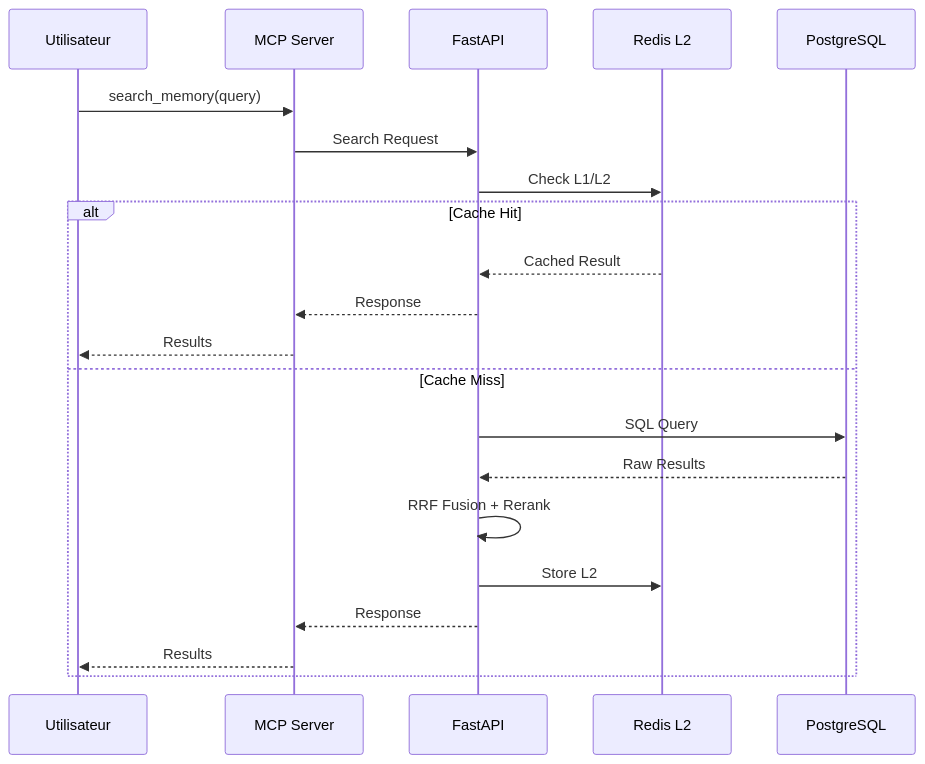
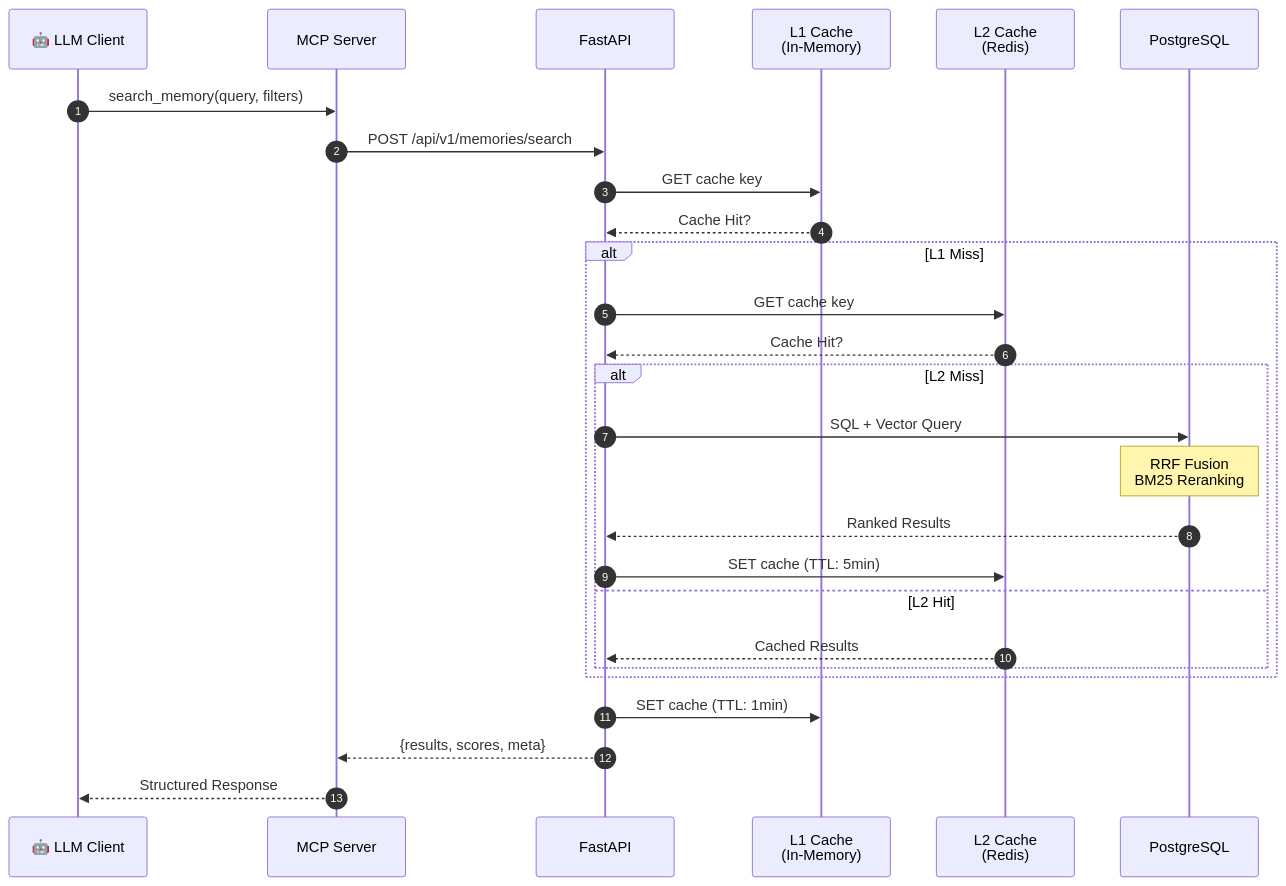
Before and after one commit to giak/mnemo-lite: the second of 12 diagrams in docs/ARCHITECTURE.md, drawn with Mermaid. The commit also changed other lines of this file, not shown here.

Commit message:
docs: enhance ARCHITECTURE.md with professional Mermaid diagrams

````diff
--- a/docs/ARCHITECTURE.md
+++ b/docs/ARCHITECTURE.md
@@ -151,25 +116,35 @@
 ```mermaid
 sequenceDiagram
-    participant User as Utilisateur
+    autonumber
+    participant Client as 🤖 LLM Client
     participant MCP as MCP Server
     participant API as FastAPI
-    participant Cache as Redis L2
+    participant L1 as L1 Cache<br/>(In-Memory)
+    participant L2 as L2 Cache<br/>(Redis)
     participant PG as PostgreSQL
 
-    User->>MCP: search_memory(query)
-    MCP->>API: Search Request
-    API->>Cache: Check L1/L2
+    Client->>MCP: search_memory(query, filters)
+    MCP->>API: POST /api/v1/memories/search
 
-    alt Cache Hit
-        Cache-->>API: Cached Result
-        API-->>MCP: Response
-        MCP-->>User: Results
-    else Cache Miss
-        API->>PG: SQL Query
-        PG-->>API: Raw Results
-        API->>API: RRF Fusion + Rerank
-        API->>Cache: Store L2
-        API-->>MCP: Response
-        MCP-->>User: Results
+    API->>L1: GET cache key
+    L1-->>API: Cache Hit?
+
+    alt L1 Miss
+        API->>L2: GET cache key
+        L2-->>API: Cache Hit?
+        
+        alt L2 Miss
+            API->>PG: SQL + Vector Query
+            Note over PG: RRF Fusion<br/>BM25 Reranking
+            PG-->>API: Ranked Results
+            
+            API->>L2: SET cache (TTL: 5min)
+        else L2 Hit
+            L2-->>API: Cached Results
+        end
     end
+
+    API->>L1: SET cache (TTL: 1min)
+    API-->>MCP: {results, scores, meta}
+    MCP-->>Client: Structured Response
 ```
````
